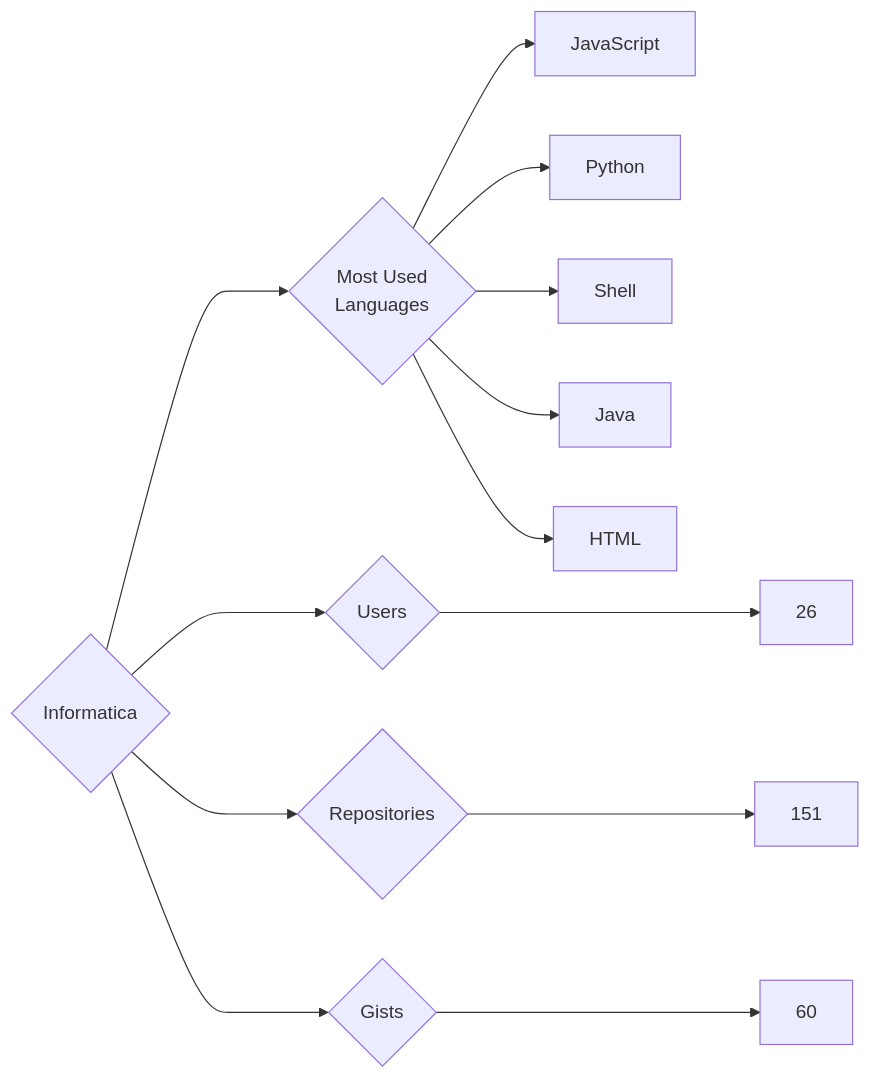
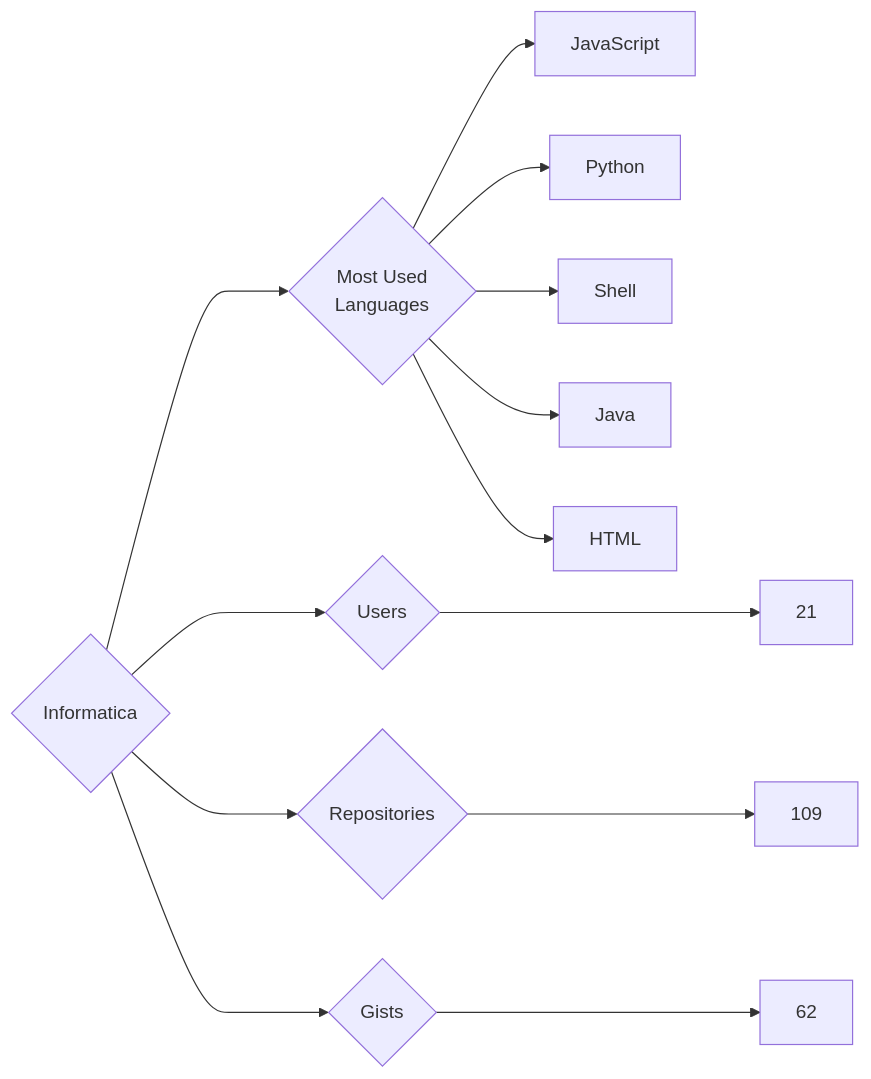
The diagram in targets/Informatica/README.md (trickest/insiders), drawn with Mermaid before and after one commit. The commit also changed 882 other files, not shown here.

````diff
--- a/targets/Informatica/README.md
+++ b/targets/Informatica/README.md
@@ -3,13 +3,13 @@
 ```mermaid
 graph LR
 COMPANY_NAME{Informatica}
-COMPANY_NAME ---> U{Users} ---> UN[26]
-COMPANY_NAME ---> R{Repositories} ---> RN[151]
-COMPANY_NAME ---> G{Gists} ---> GN[60]
+COMPANY_NAME ---> U{Users} ---> UN[21]
+COMPANY_NAME ---> R{Repositories} ---> RN[109]
+COMPANY_NAME ---> G{Gists} ---> GN[62]
 COMPANY_NAME ---> ML{Most Used<br>Languages}
 ML --> JavaScript[JavaScript]
 ML --> Python[Python]
 ML --> Shell[Shell]
 ML --> Java[Java]
 ML --> HTML[HTML]
 ```
````
